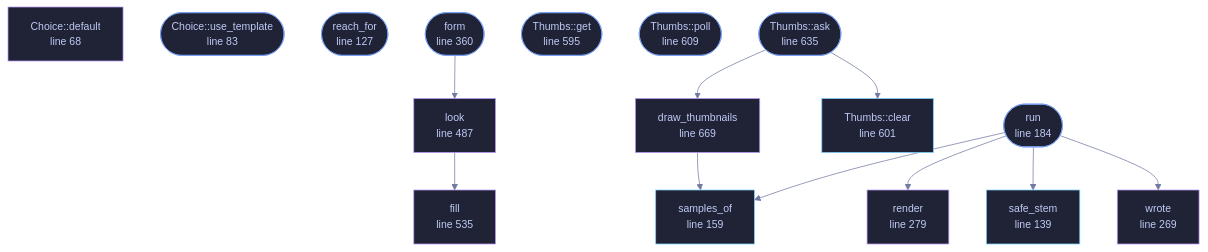
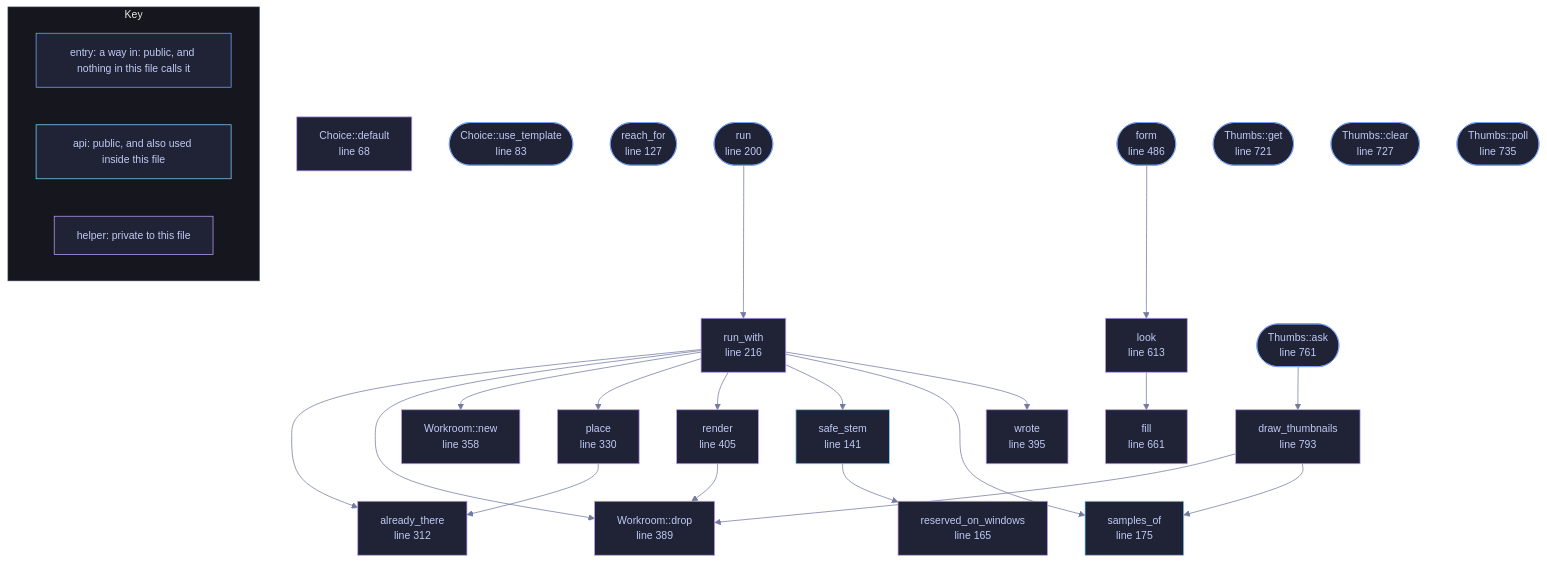
One commit to tilas01/veilvoice changed the diagram in docs/files/veilvoice-gui/exporting.md. Above: the diagram before and after it, drawn with Mermaid. The commit also changed other lines of this file and 1510 other files, not shown here.

First line of the commit message:
Regenerate the documentation, wiki, site, graphs and measured numbers

````diff
--- a/docs/files/veilvoice-gui/exporting.md
+++ b/docs/files/veilvoice-gui/exporting.md
@@ -104,51 +109,80 @@
 ```mermaid
 %%{init: {"theme":"base","themeVariables":{"background":"#1a1b26","primaryColor":"#1f2335","primaryTextColor":"#c0caf5","primaryBorderColor":"#7aa2f7","secondaryColor":"#16161e","tertiaryColor":"#16161e","lineColor":"#737aa2","textColor":"#c0caf5","mainBkg":"#1f2335","nodeBorder":"#7aa2f7","clusterBkg":"#16161e","clusterBorder":"#2f3549","fontFamily":"ui-monospace, SFMono-Regular, Consolas, monospace","fontSize":"14px"}}}%%
 flowchart TD
     n_default["Choice::default<br/>line 68"]
     n_use_template(["Choice::use_template<br/>line 83"])
     n_reach_for(["reach_for<br/>line 127"])
-    n_safe_stem["safe_stem<br/>line 139"]
-    n_samples_of["samples_of<br/>line 159"]
-    n_run(["run<br/>line 184"])
-    n_wrote["wrote<br/>line 269"]
-    n_render["render<br/>line 279"]
-    n_form(["form<br/>line 360"])
-    n_look["look<br/>line 487"]
-    n_fill["fill<br/>line 535"]
-    n_get(["Thumbs::get<br/>line 595"])
-    n_clear["Thumbs::clear<br/>line 601"]
-    n_poll(["Thumbs::poll<br/>line 609"])
-    n_ask(["Thumbs::ask<br/>line 635"])
-    n_draw_thumbnails["draw_thumbnails<br/>line 669"]
-    n_ask --> n_clear
+    n_safe_stem["safe_stem<br/>line 141"]
+    n_reserved_on_windows["reserved_on_windows<br/>line 165"]
+    n_samples_of["samples_of<br/>line 175"]
+    n_run(["run<br/>line 200"])
+    n_run_with["run_with<br/>line 216"]
+    n_already_there["already_there<br/>line 312"]
+    n_place["place<br/>line 330"]
+    n_new["Workroom::new<br/>line 358"]
+    n_drop["Workroom::drop<br/>line 389"]
+    n_wrote["wrote<br/>line 395"]
+    n_render["render<br/>line 405"]
+    n_form(["form<br/>line 486"])
+    n_look["look<br/>line 613"]
+    n_fill["fill<br/>line 661"]
+    n_get(["Thumbs::get<br/>line 721"])
+    n_clear(["Thumbs::clear<br/>line 727"])
+    n_poll(["Thumbs::poll<br/>line 735"])
+    n_ask(["Thumbs::ask<br/>line 761"])
+    n_draw_thumbnails["draw_thumbnails<br/>line 793"]
     n_ask --> n_draw_thumbnails
+    n_draw_thumbnails --> n_drop
     n_draw_thumbnails --> n_samples_of
     n_form --> n_look
     n_look --> n_fill
-    n_run --> n_render
-    n_run --> n_safe_stem
-    n_run --> n_samples_of
-    n_run --> n_wrote
+    n_place --> n_already_there
+    n_render --> n_drop
+    n_run --> n_run_with
+    n_run_with --> n_already_there
+    n_run_with --> n_drop
+    n_run_with --> n_new
+    n_run_with --> n_place
+    n_run_with --> n_render
+    n_run_with --> n_safe_stem
+    n_run_with --> n_samples_of
+    n_run_with --> n_wrote
+    n_safe_stem --> n_reserved_on_windows
     click n_default href "https://github.com/tilas01/veilvoice/blob/main/crates/veilvoice-gui/src/exporting.rs#L68" "open the source"
     click n_use_template href "https://github.com/tilas01/veilvoice/blob/main/crates/veilvoice-gui/src/exporting.rs#L83" "open the source"
     click n_reach_for href "https://github.com/tilas01/veilvoice/blob/main/crates/veilvoice-gui/src/exporting.rs#L127" "open the source"
-    click n_safe_stem href "https://github.com/tilas01/veilvoice/blob/main/crates/veilvoice-gui/src/exporting.rs#L139" "open the source"
-    click n_samples_of href "https://github.com/tilas01/veilvoice/blob/main/crates/veilvoice-gui/src/exporting.rs#L159" "open the source"
-    click n_run href "https://github.com/tilas01/veilvoice/blob/main/crates/veilvoice-gui/src/exporting.rs#L184" "open the source"
-    click n_wrote href "https://github.com/tilas01/veilvoice/blob/main/crates/veilvoice-gui/src/exporting.rs#L269" "open the source"
-    click n_render href "https://github.com/tilas01/veilvoice/blob/main/crates/veilvoice-gui/src/exporting.rs#L279" "open the source"
-    click n_form href "https://github.com/tilas01/veilvoice/blob/main/crates/veilvoice-gui/src/exporting.rs#L360" "open the source"
-    click n_look href "https://github.com/tilas01/veilvoice/blob/main/crates/veilvoice-gui/src/exporting.rs#L487" "open the source"
-    click n_fill href "https://github.com/tilas01/veilvoice/blob/main/crates/veilvoice-gui/src/exporting.rs#L535" "open the source"
-    click n_get href "https://github.com/tilas01/veilvoice/blob/main/crates/veilvoice-gui/src/exporting.rs#L595" "open the source"
-    click n_clear href "https://github.com/tilas01/veilvoice/blob/main/crates/veilvoice-gui/src/exporting.rs#L601" "open the source"
-    click n_poll href "https://github.com/tilas01/veilvoice/blob/main/crates/veilvoice-gui/src/exporting.rs#L609" "open the source"
-    click n_ask href "https://github.com/tilas01/veilvoice/blob/main/crates/veilvoice-gui/src/exporting.rs#L635" "open the source"
-    click n_draw_thumbnails href "https://github.com/tilas01/veilvoice/blob/main/crates/veilvoice-gui/src/exporting.rs#L669" "open the source"
+    click n_safe_stem href "https://github.com/tilas01/veilvoice/blob/main/crates/veilvoice-gui/src/exporting.rs#L141" "open the source"
+    click n_reserved_on_windows href "https://github.com/tilas01/veilvoice/blob/main/crates/veilvoice-gui/src/exporting.rs#L165" "open the source"
+    click n_samples_of href "https://github.com/tilas01/veilvoice/blob/main/crates/veilvoice-gui/src/exporting.rs#L175" "open the source"
+    click n_run href "https://github.com/tilas01/veilvoice/blob/main/crates/veilvoice-gui/src/exporting.rs#L200" "open the source"
+    click n_run_with href "https://github.com/tilas01/veilvoice/blob/main/crates/veilvoice-gui/src/exporting.rs#L216" "open the source"
+    click n_already_there href "https://github.com/tilas01/veilvoice/blob/main/crates/veilvoice-gui/src/exporting.rs#L312" "open the source"
+    click n_place href "https://github.com/tilas01/veilvoice/blob/main/crates/veilvoice-gui/src/exporting.rs#L330" "open the source"
+    click n_new href "https://github.com/tilas01/veilvoice/blob/main/crates/veilvoice-gui/src/exporting.rs#L358" "open the source"
+    click n_drop href "https://github.com/tilas01/veilvoice/blob/main/crates/veilvoice-gui/src/exporting.rs#L389" "open the source"
+    click n_wrote href "https://github.com/tilas01/veilvoice/blob/main/crates/veilvoice-gui/src/exporting.rs#L395" "open the source"
+    click n_render href "https://github.com/tilas01/veilvoice/blob/main/crates/veilvoice-gui/src/exporting.rs#L405" "open the source"
+    click n_form href "https://github.com/tilas01/veilvoice/blob/main/crates/veilvoice-gui/src/exporting.rs#L486" "open the source"
+    click n_look href "https://github.com/tilas01/veilvoice/blob/main/crates/veilvoice-gui/src/exporting.rs#L613" "open the source"
+    click n_fill href "https://github.com/tilas01/veilvoice/blob/main/crates/veilvoice-gui/src/exporting.rs#L661" "open the source"
+    click n_get href "https://github.com/tilas01/veilvoice/blob/main/crates/veilvoice-gui/src/exporting.rs#L721" "open the source"
+    click n_clear href "https://github.com/tilas01/veilvoice/blob/main/crates/veilvoice-gui/src/exporting.rs#L727" "open the source"
+    click n_poll href "https://github.com/tilas01/veilvoice/blob/main/crates/veilvoice-gui/src/exporting.rs#L735" "open the source"
+    click n_ask href "https://github.com/tilas01/veilvoice/blob/main/crates/veilvoice-gui/src/exporting.rs#L761" "open the source"
+    click n_draw_thumbnails href "https://github.com/tilas01/veilvoice/blob/main/crates/veilvoice-gui/src/exporting.rs#L793" "open the source"
     classDef entry fill:#1f2335,stroke:#7aa2f7,color:#c0caf5
-    class n_use_template,n_reach_for,n_run,n_form,n_get,n_poll,n_ask entry
+    class n_use_template,n_reach_for,n_run,n_form,n_get,n_clear,n_poll,n_ask entry
     classDef api fill:#1f2335,stroke:#7dcfff,color:#c0caf5
-    class n_safe_stem,n_samples_of,n_clear api
+    class n_safe_stem,n_samples_of api
     classDef helper fill:#1f2335,stroke:#bb9af7,color:#c0caf5
-    class n_default,n_wrote,n_render,n_look,n_fill,n_draw_thumbnails helper
+    class n_default,n_reserved_on_windows,n_run_with,n_already_there,n_place,n_new,n_drop,n_wrote,n_render,n_look,n_fill,n_draw_thumbnails helper
+    subgraph chart_key ["Key"]
+        direction LR
+        key_entry["entry: a way in: public, and nothing in this file calls it"]
+        key_api["api: public, and also used inside this file"]
+        key_helper["helper: private to this file"]
+    end
+    class key_entry entry
+    class key_api api
+    class key_helper helper
 ```
````
